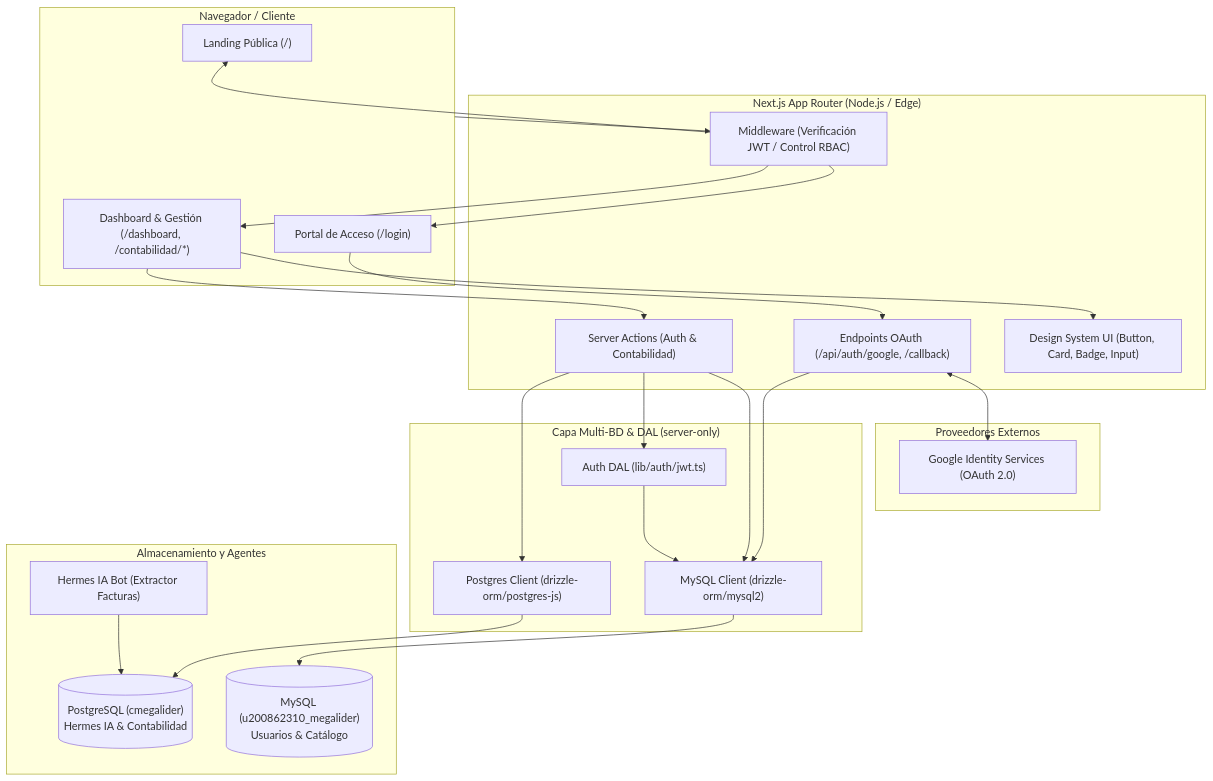
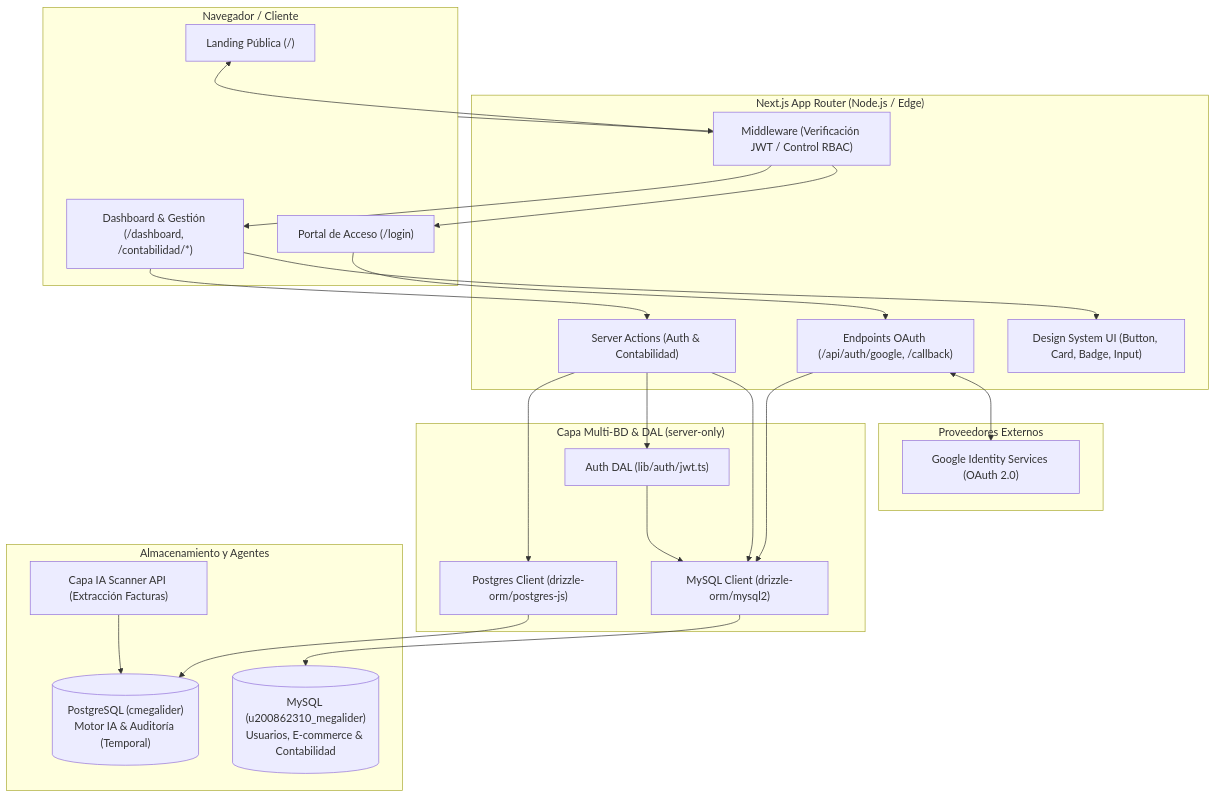
The diagram in docs/02-Disenio/01-Arquitectura-General.md (krouhub03/pagina-web-megalider), drawn with Mermaid before and after one commit. The commit also changed other lines of this file and 24 other files, not shown here.

````diff
--- a/docs/02-Disenio/01-Arquitectura-General.md
+++ b/docs/02-Disenio/01-Arquitectura-General.md
@@ -9,48 +9,48 @@
 ```mermaid
 graph TD
     subgraph Client ["Navegador / Cliente"]
         PublicViews["Landing Pública (/)"]
         AuthView["Portal de Acceso (/login)"]
         AdminViews["Dashboard & Gestión (/dashboard, /contabilidad/*)"]
     end
 
     subgraph ExternalAuth ["Proveedores Externos"]
         GoogleOAuth["Google Identity Services (OAuth 2.0)"]
     end
 
     subgraph AppRouter ["Next.js App Router (Node.js / Edge)"]
         MW["Middleware (Verificación JWT / Control RBAC)"]
         OAuthRoutes["Endpoints OAuth (/api/auth/google, /callback)"]
         ServerActions["Server Actions (Auth & Contabilidad)"]
         Components["Design System UI (Button, Card, Badge, Input)"]
     end
 
     subgraph DataAccessLayer ["Capa Multi-BD & DAL (server-only)"]
         DAL["Auth DAL (lib/auth/jwt.ts)"]
         PGClient["Postgres Client (drizzle-orm/postgres-js)"]
         MySQLClient["MySQL Client (drizzle-orm/mysql2)"]
     end
 
     subgraph Storage ["Almacenamiento y Agentes"]
-        DB_PG[("PostgreSQL (cmegalider)\nHermes IA & Contabilidad")]
-        DB_MySQL[("MySQL (u200862310_megalider)\nUsuarios & Catálogo")]
-        HermesAgent["Hermes IA Bot (Extractor Facturas)"]
+        DB_PG[("PostgreSQL (cmegalider)\nMotor IA & Auditoría (Temporal)")]
+        DB_MySQL[("MySQL (u200862310_megalider)\nUsuarios, E-commerce & Contabilidad")]
+        AIScanner["Capa IA Scanner API (Extracción Facturas)"]
     end
 
     Client --> MW
     MW --> PublicViews
     MW --> AuthView
     MW --> AdminViews
     AuthView --> OAuthRoutes
     OAuthRoutes <--> GoogleOAuth
     AdminViews --> Components
     AdminViews --> ServerActions
     OAuthRoutes --> MySQLClient
     ServerActions --> DAL
     ServerActions --> PGClient
     ServerActions --> MySQLClient
     DAL --> MySQLClient
     PGClient --> DB_PG
     MySQLClient --> DB_MySQL
-    HermesAgent --> DB_PG
+    AIScanner --> DB_PG
 ```
````
